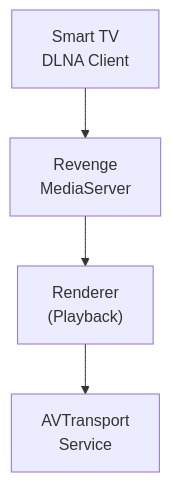
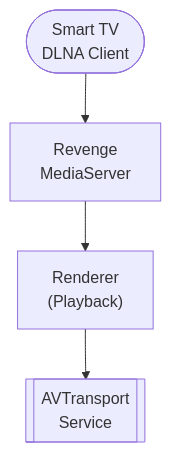
Before and after one commit to lusoris/revenge: the diagram in docs/dev/design/integrations/casting/DLNA.md, drawn with Mermaid. The commit also changed 208 other files, not shown here.

First line of the commit message:
feat(docs): Improve ASCII to Mermaid converter with proper box extraction

````diff
--- a/docs/dev/design/integrations/casting/DLNA.md
+++ b/docs/dev/design/integrations/casting/DLNA.md
@@ -58,10 +58,10 @@
 ```mermaid
 flowchart TD
-    node1["Smart TV<br/>DLNA Client"]
+    node1([Smart TV<br/>DLNA Client])
     node2["Revenge<br/>MediaServer"]
     node3["Renderer<br/>(Playback)"]
-    node4["AVTransport<br/>Service"]
+    node4[[AVTransport<br/>Service]]
     node1 --> node2
     node3 --> node4
     node2 --> node3
 ```
````
